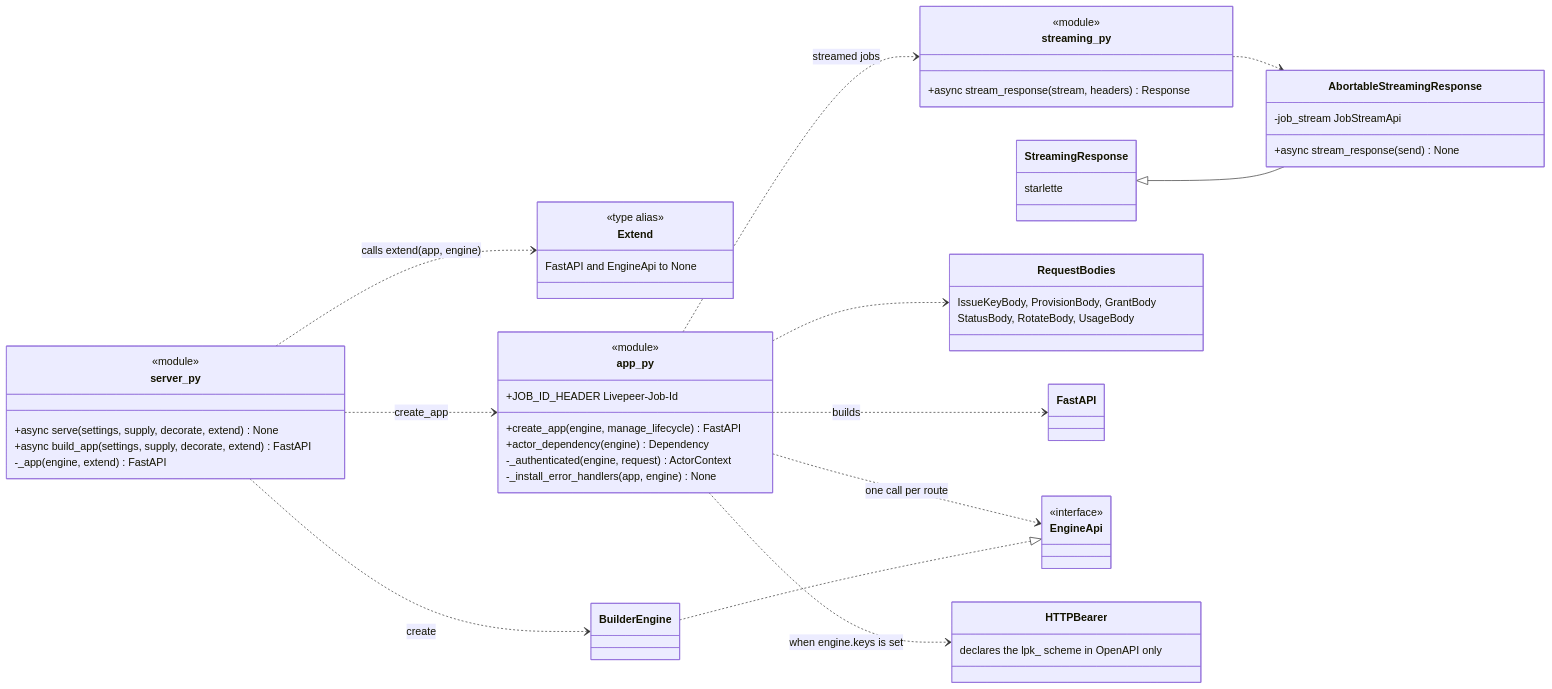
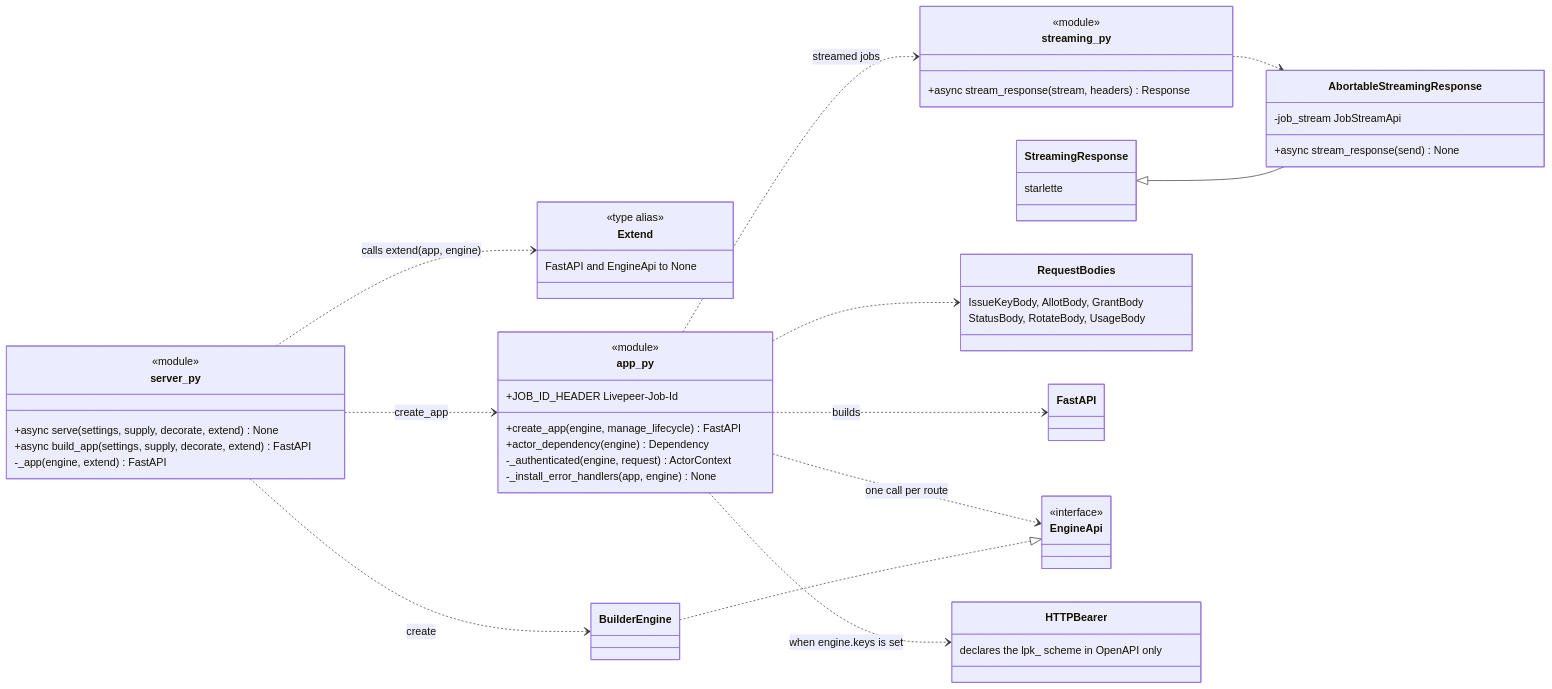
Before and after one commit to NE-Build-Track/livepeer-builder-core: diagram 12 of 16 in docs/design-docs/interfaces-and-http-servers.md, drawn with Mermaid. The commit also changed other lines of this file and 99 other files, not shown here.

First line of the commit message:
refactor(payments)!: provision becomes allot (#163)

````diff
--- a/docs/design-docs/interfaces-and-http-servers.md
+++ b/docs/design-docs/interfaces-and-http-servers.md
@@ -686,56 +686,56 @@
 ```mermaid
 classDiagram
     direction LR
     class server_py {
         <<module>>
         +async serve(settings, supply, decorate, extend) None
         +async build_app(settings, supply, decorate, extend) FastAPI
         -_app(engine, extend) FastAPI
     }
     class Extend {
         <<type alias>>
         FastAPI and EngineApi to None
     }
     class app_py {
         <<module>>
         +create_app(engine, manage_lifecycle) FastAPI
         +actor_dependency(engine) Dependency
         -_authenticated(engine, request) ActorContext
         -_install_error_handlers(app, engine) None
         +JOB_ID_HEADER Livepeer-Job-Id
     }
     class streaming_py {
         <<module>>
         +async stream_response(stream, headers) Response
     }
     class AbortableStreamingResponse {
         -job_stream JobStreamApi
         +async stream_response(send) None
     }
     class StreamingResponse {
         starlette
     }
     class RequestBodies {
-        IssueKeyBody, ProvisionBody, GrantBody
+        IssueKeyBody, AllotBody, GrantBody
         StatusBody, RotateBody, UsageBody
     }
     class FastAPI
     class EngineApi {
         <<interface>>
     }
     class BuilderEngine
     class HTTPBearer {
         declares the lpk_ scheme in OpenAPI only
     }
     server_py ..> BuilderEngine : create
     server_py ..> app_py : create_app
     server_py ..> Extend : calls extend(app, engine)
     app_py ..> FastAPI : builds
     app_py ..> EngineApi : one call per route
     app_py ..> HTTPBearer : when engine.keys is set
     app_py ..> RequestBodies
     app_py ..> streaming_py : streamed jobs
     streaming_py ..> AbortableStreamingResponse
     StreamingResponse <|-- AbortableStreamingResponse
     BuilderEngine ..|> EngineApi
 ```
````
